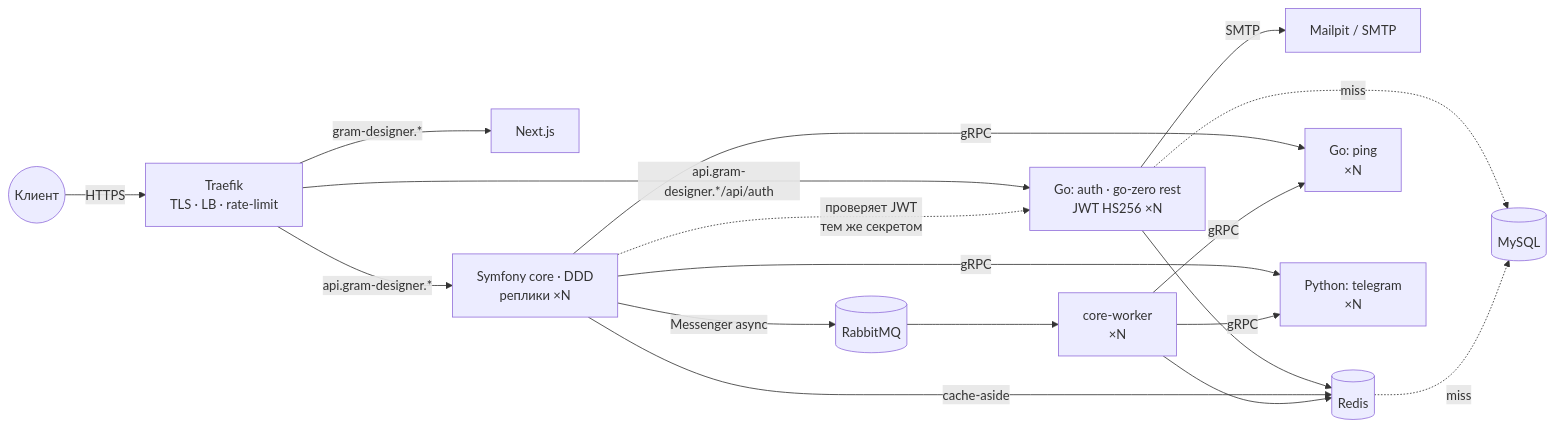
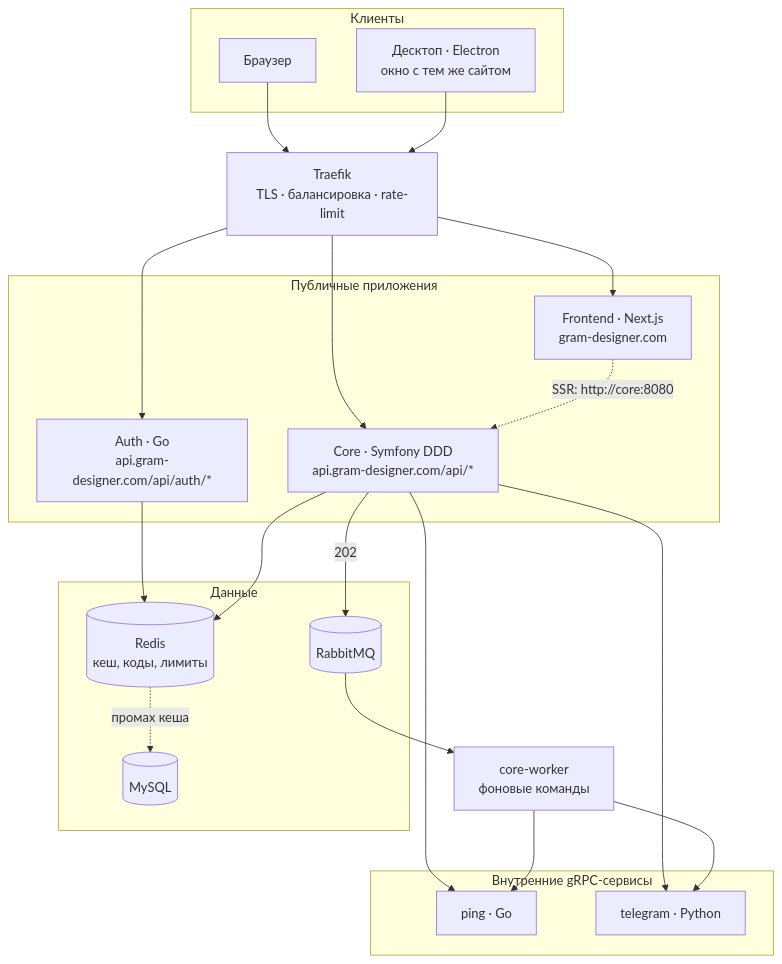
One commit to snowaa-desigram/desigram changed the first of 3 diagrams in README.md. Above: the diagram before and after it, drawn with Mermaid. The commit also changed other lines of this file and 13 other files, not shown here.

First line of the commit message:
docs: README линейно — состав, схема взаимодействия, десктоп и его релиз по шагам; archive desktop-electron

````diff
--- a/README.md
+++ b/README.md
@@ -11,20 +49,38 @@
 ```mermaid
-flowchart LR
-    U((Клиент)) -->|HTTPS| T[Traefik<br/>TLS · LB · rate-limit]
-    T -->|gram-designer.*| F[Next.js]
-    T -->|api.gram-designer.*| C[Symfony core · DDD<br/>реплики ×N]
-    T -->|api.gram-designer.*/api/auth| A[Go: auth · go-zero rest<br/>JWT HS256 ×N]
-    A -->|SMTP| M[Mailpit / SMTP]
+flowchart TB
+    subgraph clients [Клиенты]
+        B[Браузер]
+        D[Десктоп · Electron<br/>окно с тем же сайтом]
+    end
+    T[Traefik<br/>TLS · балансировка · rate-limit]
+    subgraph public [Публичные приложения]
+        F[Frontend · Next.js<br/>gram-designer.com]
+        A[Auth · Go<br/>api.gram-designer.com/api/auth/*]
+        C[Core · Symfony DDD<br/>api.gram-designer.com/api/*]
+    end
+    subgraph internal [Внутренние gRPC-сервисы]
+        P[ping · Go]
+        TG[telegram · Python]
+    end
+    subgraph data [Данные]
+        R[(Redis<br/>кеш, коды, лимиты)]
+        M[(MySQL)]
+        Q[(RabbitMQ)]
+    end
+    W[core-worker<br/>фоновые команды]
+
+    B --> T
+    D --> T
+    T --> F
+    T --> A
+    T --> C
+    F -. SSR: http://core:8080 .-> C
     A --> R
-    A -.->|miss| DB
-    C -.->|проверяет JWT<br/>тем же секретом| A
-    C -->|gRPC| P[Go: ping<br/>×N]
-    C -->|gRPC| TG[Python: telegram<br/>×N]
-    C -->|cache-aside| R[(Redis)]
-    R -.->|miss| DB[(MySQL)]
-    C -->|Messenger async| Q[(RabbitMQ)]
-    Q --> W[core-worker<br/>×N]
-    W -->|gRPC| TG
-    W -->|gRPC| P
-    W --> R
+    C --> R
+    R -. промах кеша .-> M
+    C --> P
+    C --> TG
+    C -- 202 --> Q --> W
+    W --> P
+    W --> TG
 ```
````
